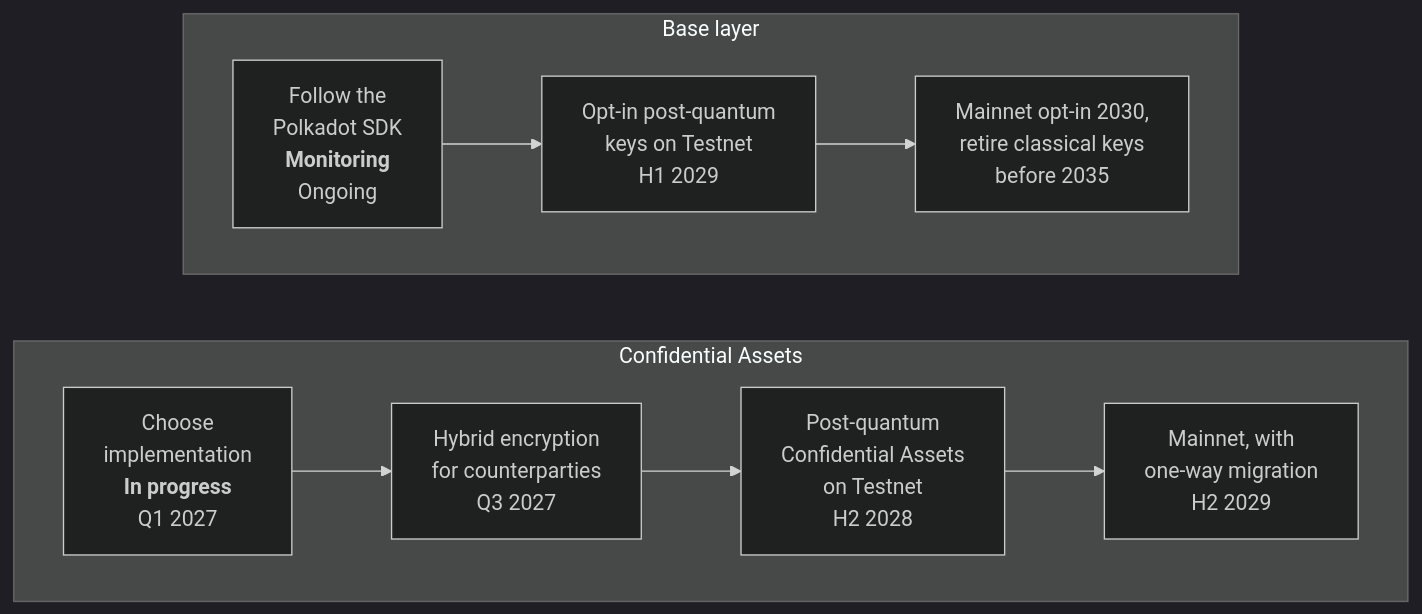
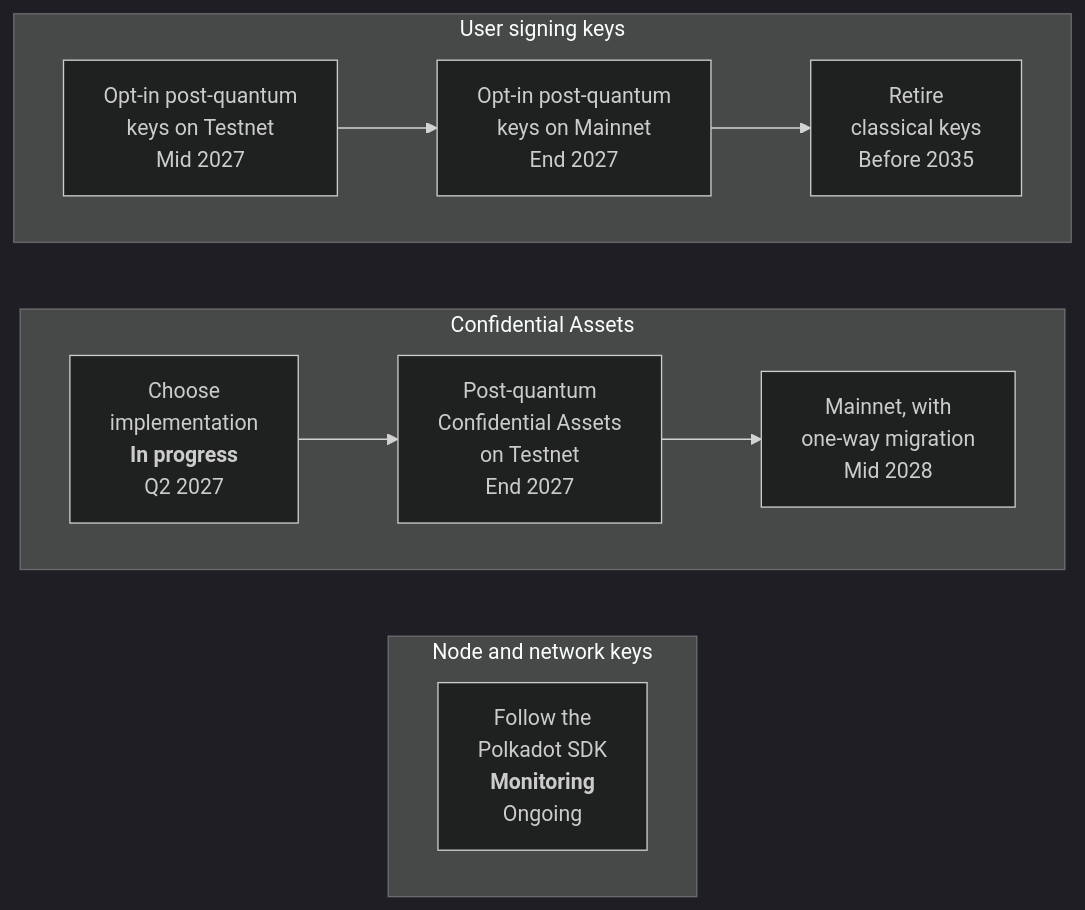
The diagram in post-quantum.md (PolymeshAssociation/polymesh-documentation-site), drawn with Mermaid (dark theme) before and after one commit. The commit also changed other lines of this file and 2536 other files, not shown here.

````diff
--- a/post-quantum.md
+++ b/post-quantum.md
@@ -85,11 +80,15 @@
 ```mermaid
 flowchart LR
+  subgraph NK["Node and network keys"]
+    direction LR
+    N1["Follow the<br/>Polkadot SDK<br/><b>Monitoring</b><br/>Ongoing"]
+  end
   subgraph CA["Confidential Assets"]
     direction LR
-    C1["Choose<br/>implementation<br/><b>In progress</b><br/>Q1 2027"] --> C2["Hybrid encryption<br/>for counterparties<br/>Q3 2027"] --> C3["Post-quantum<br/>Confidential Assets<br/>on Testnet<br/>H2 2028"] --> C4["Mainnet, with<br/>one-way migration<br/>H2 2029"]
+    C1["Choose<br/>implementation<br/><b>In progress</b><br/>Q2 2027"] --> C2["Post-quantum<br/>Confidential Assets<br/>on Testnet<br/>End 2027"] --> C3["Mainnet, with<br/>one-way migration<br/>Mid 2028"]
   end
-  subgraph BL["Base layer"]
+  subgraph SK["User signing keys"]
     direction LR
-    B1["Follow the<br/>Polkadot SDK<br/><b>Monitoring</b><br/>Ongoing"] --> B2["Opt-in post-quantum<br/>keys on Testnet<br/>H1 2029"] --> B3["Mainnet opt-in 2030,<br/>retire classical keys<br/>before 2035"]
+    S1["Opt-in post-quantum<br/>keys on Testnet<br/>Mid 2027"] --> S2["Opt-in post-quantum<br/>keys on Mainnet<br/>End 2027"] --> S3["Retire<br/>classical keys<br/>Before 2035"]
   end
 ```
````
